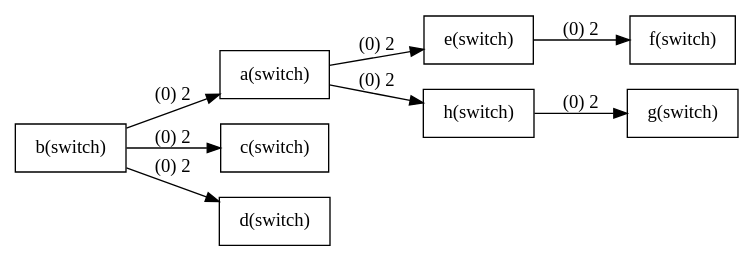
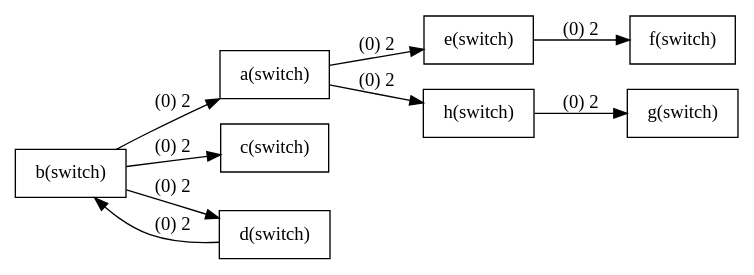
The diagram in example/api/bfs.dot (kevinbird61/fake-mininet), drawn with Graphviz before and after one commit. The commit also changed 2 other files, not shown here.

```diff
--- a/example/api/bfs.dot
+++ b/example/api/bfs.dot
@@ -1,27 +1,30 @@
 digraph G{
 rankdir=LR;
 node [shape=record];
 
 b [label="b(switch)"];
 a [label="a(switch)"];
 b->a[label="(0) 2"];
 b [label="b(switch)"];
 c [label="c(switch)"];
 b->c[label="(0) 2"];
 b [label="b(switch)"];
 d [label="d(switch)"];
 b->d[label="(0) 2"];
 a [label="a(switch)"];
 e [label="e(switch)"];
 a->e[label="(0) 2"];
 a [label="a(switch)"];
 h [label="h(switch)"];
 a->h[label="(0) 2"];
+d [label="d(switch)"];
+b [label="b(switch)"];
+d->b[label="(0) 2"];
 e [label="e(switch)"];
 f [label="f(switch)"];
 e->f[label="(0) 2"];
 h [label="h(switch)"];
 g [label="g(switch)"];
 h->g[label="(0) 2"];
 
 }
```
